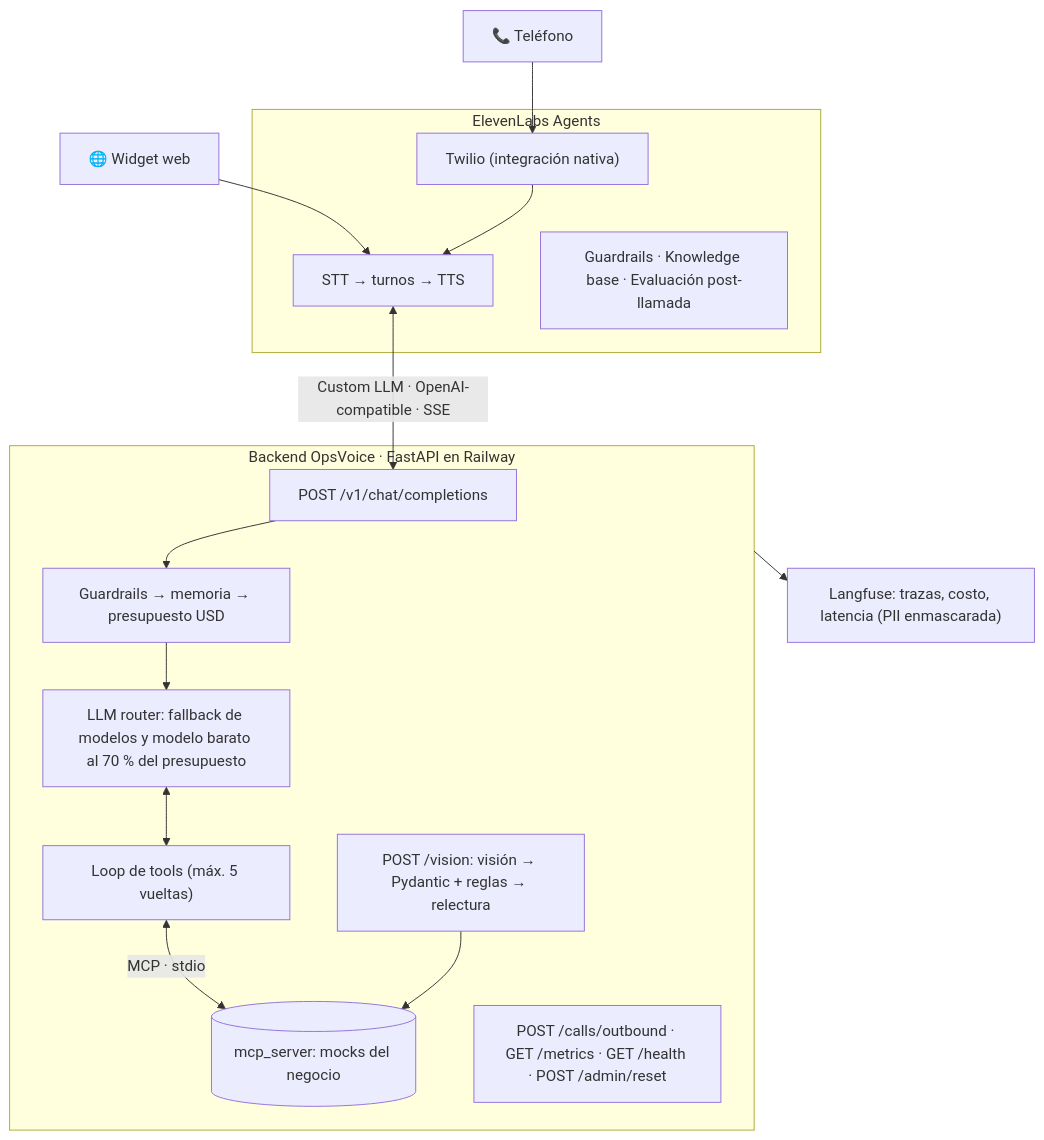
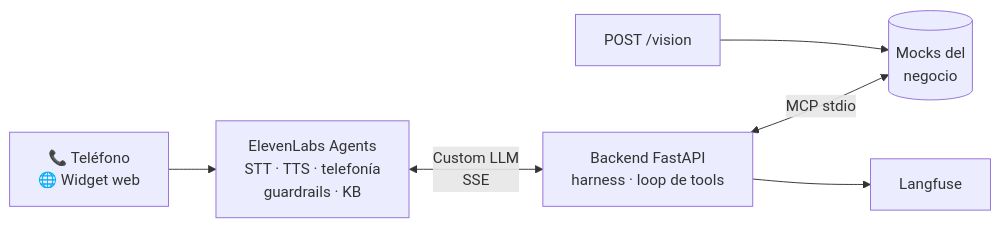
Before and after one commit to cabustillo13/AI_E2_PI_M4: the diagram in README.md, drawn with Mermaid. The commit also changed other lines of this file and 35 other files, not shown here.

Commit message:
README: diagrama de arquitectura compacto

````diff
--- a/README.md
+++ b/README.md
@@ -18,23 +18,8 @@
 ```mermaid
-flowchart TB
-    tel["📞 Teléfono"] --> twilio
-    web["🌐 Widget web"] --> stt
-
-    subgraph EL["ElevenLabs Agents"]
-        twilio["Twilio (integración nativa)"] --> stt["STT → turnos → TTS"]
-        plat["Guardrails · Knowledge base · Evaluación post-llamada"]
-    end
-
-    stt <-->|"Custom LLM · OpenAI-compatible · SSE"| chat
-
-    subgraph BE["Backend OpsVoice · FastAPI en Railway"]
-        chat["POST /v1/chat/completions"] --> harness["Guardrails → memoria → presupuesto USD"]
-        harness --> router["LLM router: fallback de modelos y modelo barato al 70 % del presupuesto"]
-        router <--> loop["Loop de tools (máx. 5 vueltas)"]
-        loop <-->|"MCP · stdio"| mcp[("mcp_server: mocks del negocio")]
-        vision["POST /vision: visión → Pydantic + reglas → relectura"] --> mcp
-        otros["POST /calls/outbound · GET /metrics · GET /health · POST /admin/reset"]
-    end
-
-    BE --> langfuse["Langfuse: trazas, costo, latencia (PII enmascarada)"]
+flowchart LR
+    canal["📞 Teléfono<br/>🌐 Widget web"] --> EL["ElevenLabs Agents<br/>STT · TTS · telefonía<br/>guardrails · KB"]
+    EL <-->|"Custom LLM<br/>SSE"| BE["Backend FastAPI<br/>harness · loop de tools"]
+    BE <-->|"MCP stdio"| MCP[("Mocks del<br/>negocio")]
+    VIS["POST /vision"] --> MCP
+    BE --> LF["Langfuse"]
 ```
````
